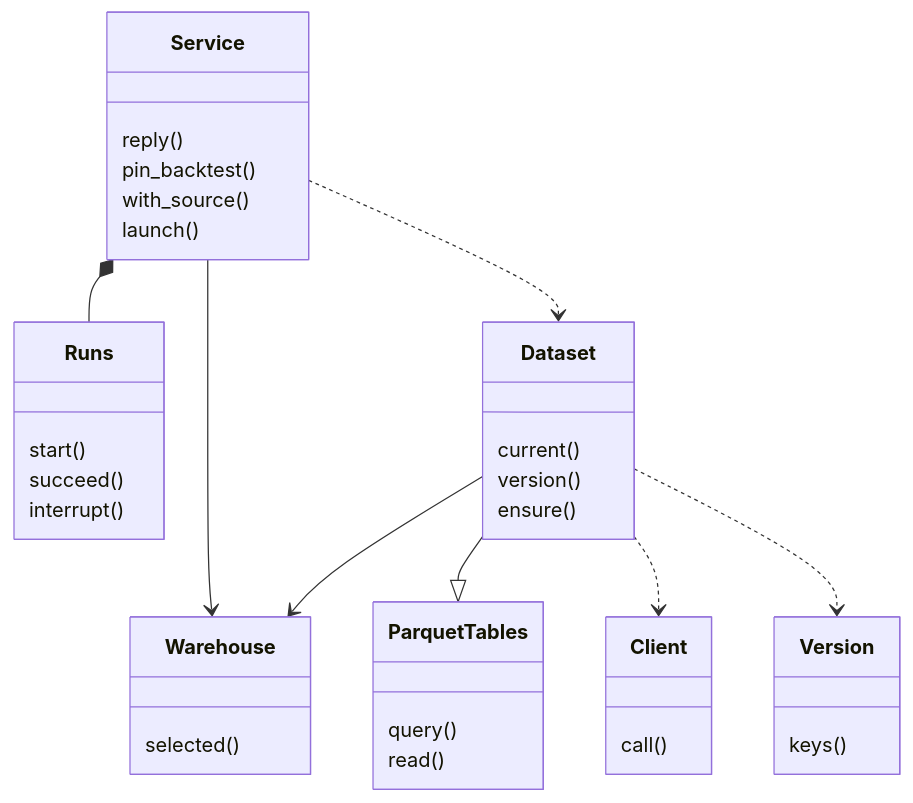
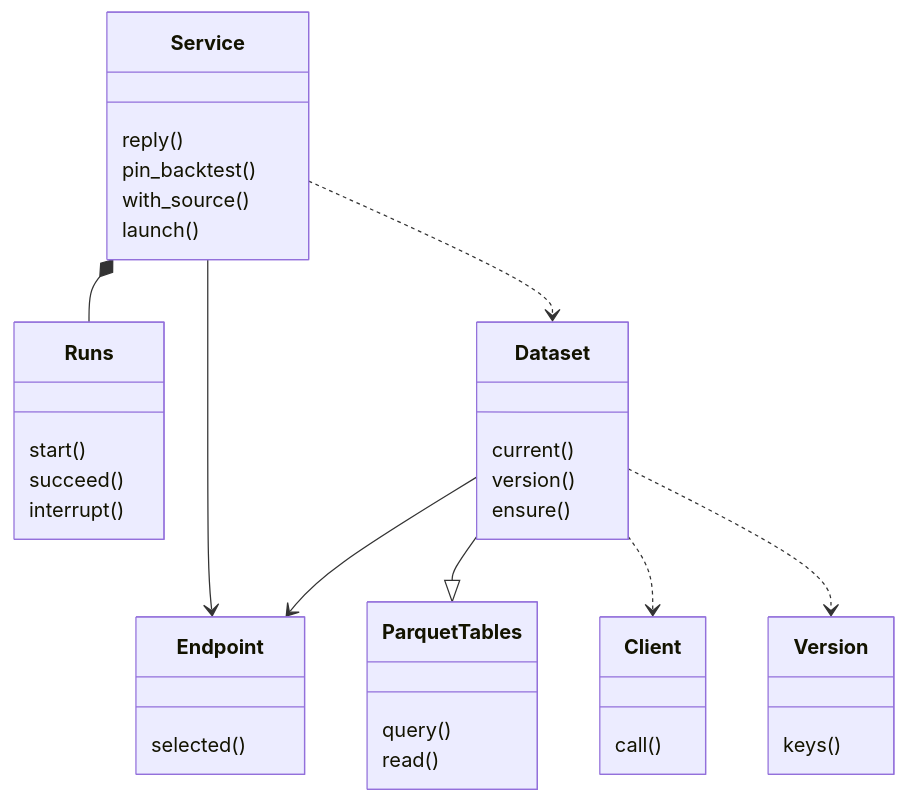
Before and after one commit to isqiwen/asterion-terminal: the second of 3 diagrams in docs/lab/architecture.md, drawn with Mermaid. The commit also changed other lines of this file and 26 other files, not shown here.

````diff
--- a/docs/lab/architecture.md
+++ b/docs/lab/architecture.md
@@ -34,39 +34,39 @@
 ```mermaid
 classDiagram
     class Service {
         reply()
         pin_backtest()
         with_source()
         launch()
     }
     class Runs {
         start()
         succeed()
         interrupt()
     }
-    class Warehouse {
+    class Endpoint {
         selected()
     }
     class Dataset {
         current()
         version()
         ensure()
     }
     class Client {
         call()
     }
     class Version {
         keys()
     }
     class ParquetTables {
         query()
         read()
     }
     Service *-- Runs
-    Service --> Warehouse
+    Service --> Endpoint
     Service ..> Dataset
     Dataset --|> ParquetTables
-    Dataset --> Warehouse
+    Dataset --> Endpoint
     Dataset ..> Client
     Dataset ..> Version
 ```
````
